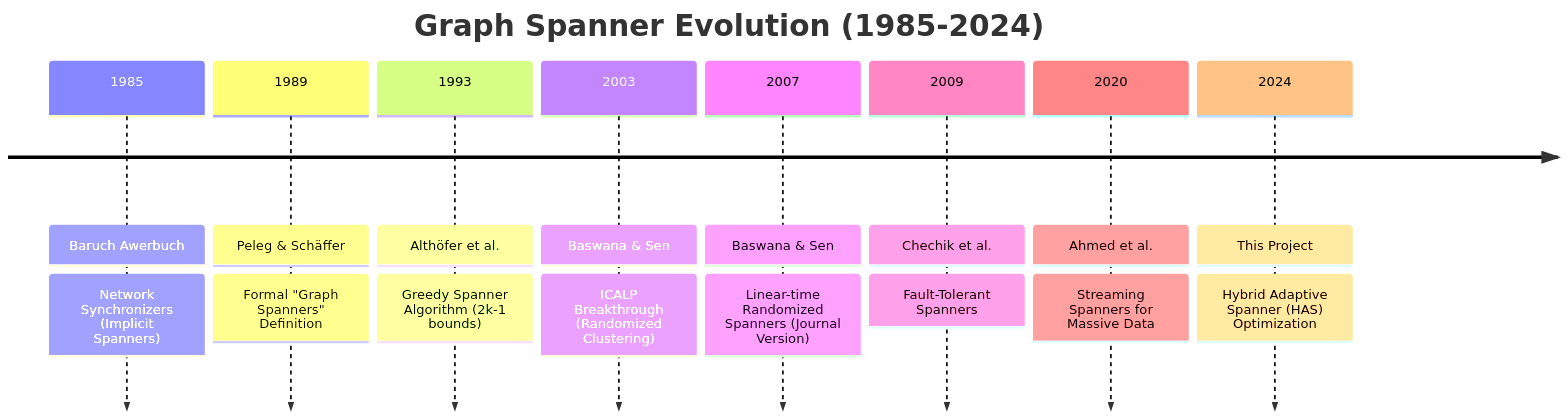
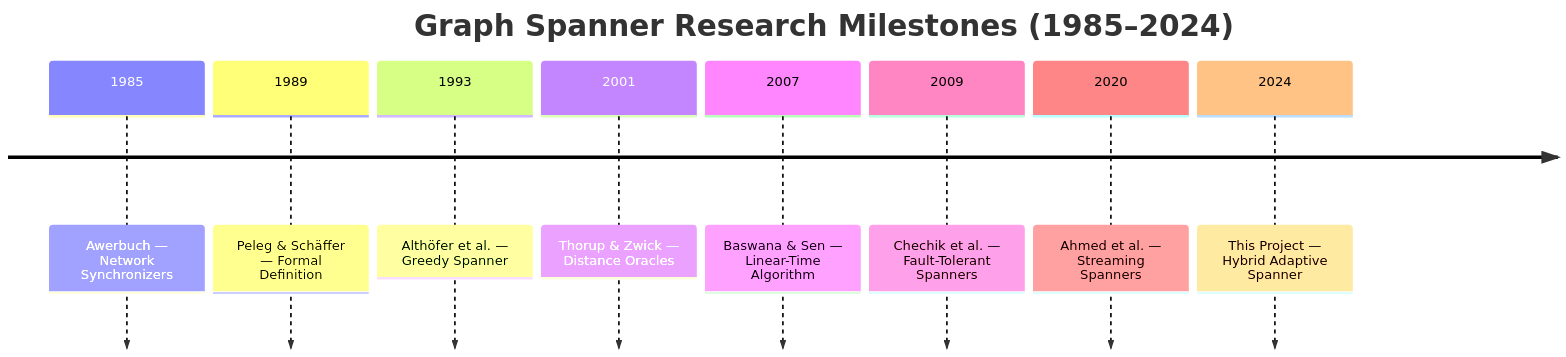
The diagram in report/report.md (Swayamgoyal/T-spanner), drawn with Mermaid before and after one commit. The commit also changed other lines of this file and 26 other files, not shown here.

````diff
--- a/report/report.md
+++ b/report/report.md
@@ -22,12 +51,12 @@
 ```mermaid
 timeline
-    title Graph Spanner Evolution (1985-2024)
-    1985 : Baruch Awerbuch: Network Synchronizers (Implicit Spanners)
-    1989 : Peleg & Schäffer: Formal "Graph Spanners" Definition
-    1993 : Althöfer et al.: Greedy Spanner Algorithm (2k-1 bounds)
-    2003 : Baswana & Sen: ICALP Breakthrough (Randomized Clustering)
-    2007 : Baswana & Sen: Linear-time Randomized Spanners (Journal Version)
-    2009 : Chechik et al.: Fault-Tolerant Spanners
-    2020 : Ahmed et al.: Streaming Spanners for Massive Data
-    2024 : This Project: Hybrid Adaptive Spanner (HAS) Optimization
+    title Graph Spanner Research Milestones (1985–2024)
+    1985 : Awerbuch — Network Synchronizers
+    1989 : Peleg & Schäffer — Formal Definition
+    1993 : Althöfer et al. — Greedy Spanner
+    2001 : Thorup & Zwick — Distance Oracles
+    2007 : Baswana & Sen — Linear-Time Algorithm
+    2009 : Chechik et al. — Fault-Tolerant Spanners
+    2020 : Ahmed et al. — Streaming Spanners
+    2024 : This Project — Hybrid Adaptive Spanner
 ```
````
